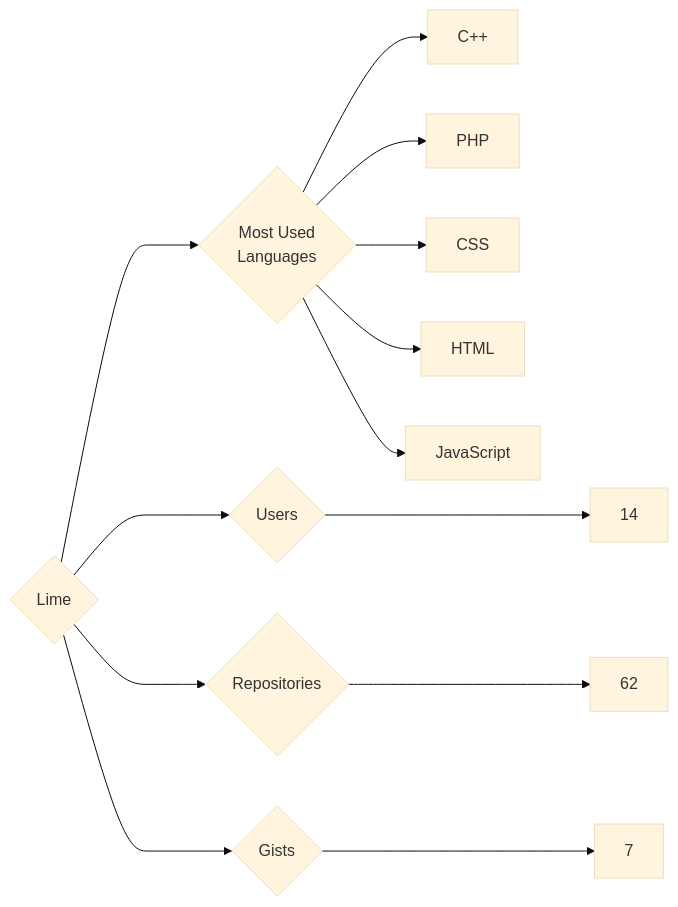
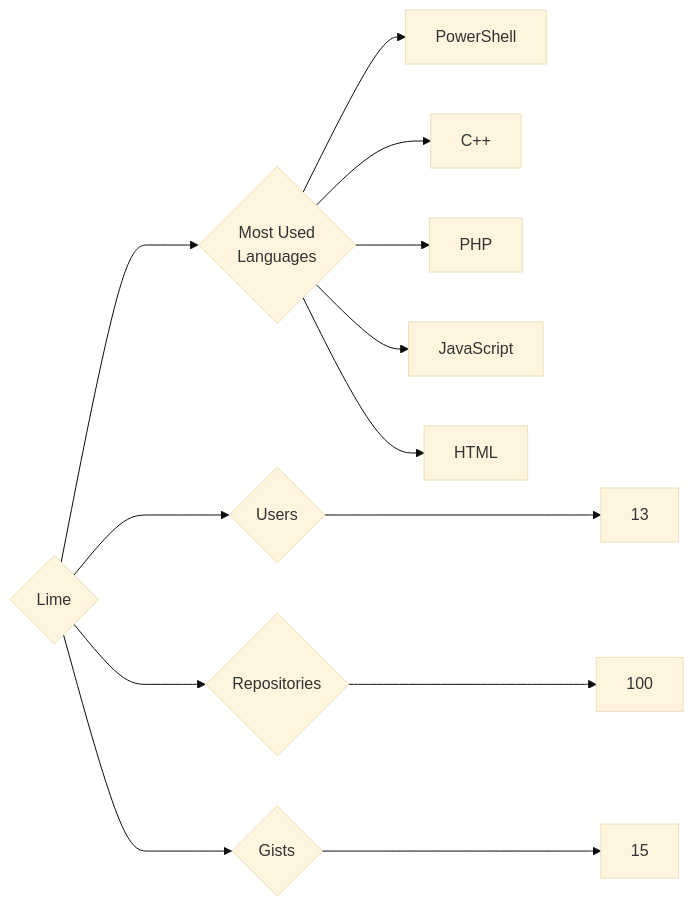
The diagram in targets/Lime/README.md (trickest/insiders), drawn with Mermaid (base theme) before and after one commit. The commit also changed 837 other files, not shown here.

````diff
--- a/targets/Lime/README.md
+++ b/targets/Lime/README.md
@@ -3,13 +3,13 @@
 ```mermaid
 graph LR
 COMPANY_NAME{Lime}
-COMPANY_NAME ---> U{Users} ---> UN[14]
-COMPANY_NAME ---> R{Repositories} ---> RN[62]
-COMPANY_NAME ---> G{Gists} ---> GN[7]
+COMPANY_NAME ---> U{Users} ---> UN[13]
+COMPANY_NAME ---> R{Repositories} ---> RN[100]
+COMPANY_NAME ---> G{Gists} ---> GN[15]
 COMPANY_NAME ---> ML{Most Used<br>Languages}
+ML --> PowerShell[PowerShell]
 ML --> C++[C++]
 ML --> PHP[PHP]
-ML --> CSS[CSS]
+ML --> JavaScript[JavaScript]
 ML --> HTML[HTML]
-ML --> JavaScript[JavaScript]
 ```
````
